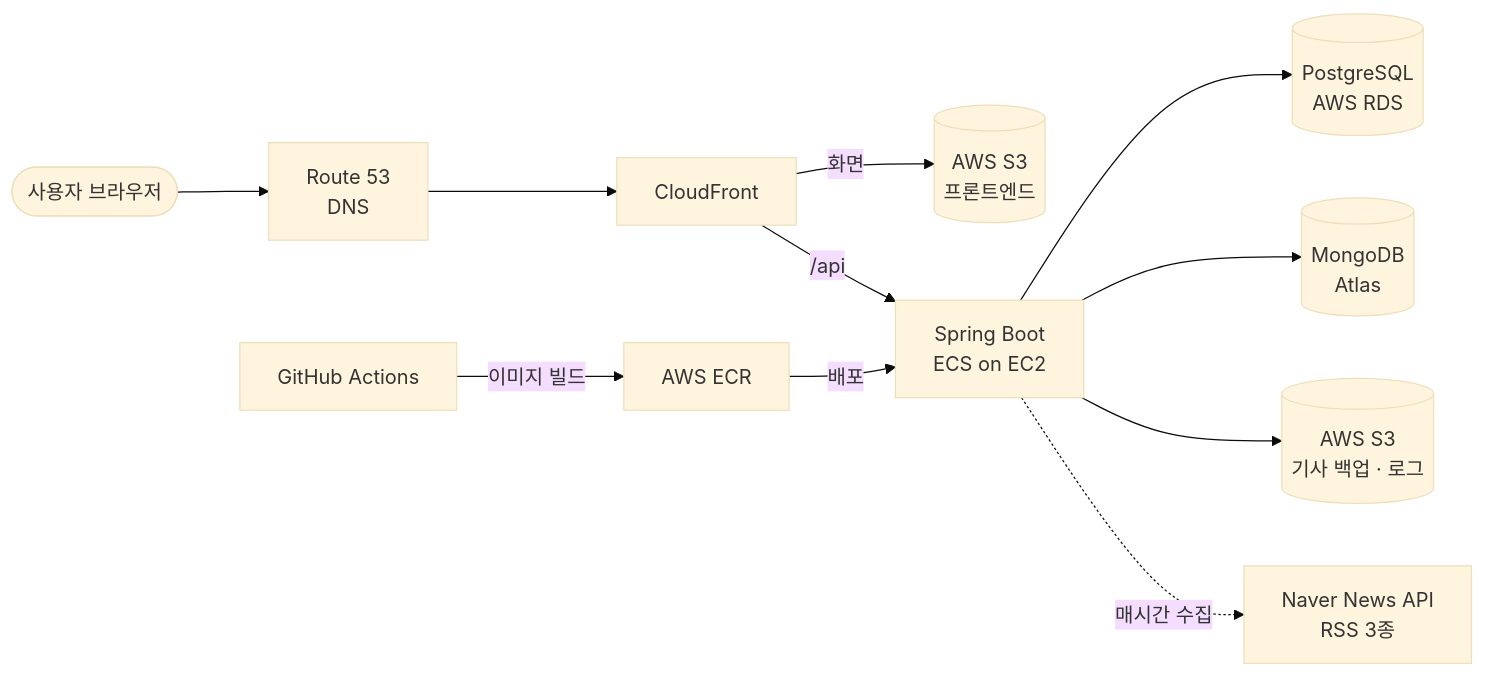
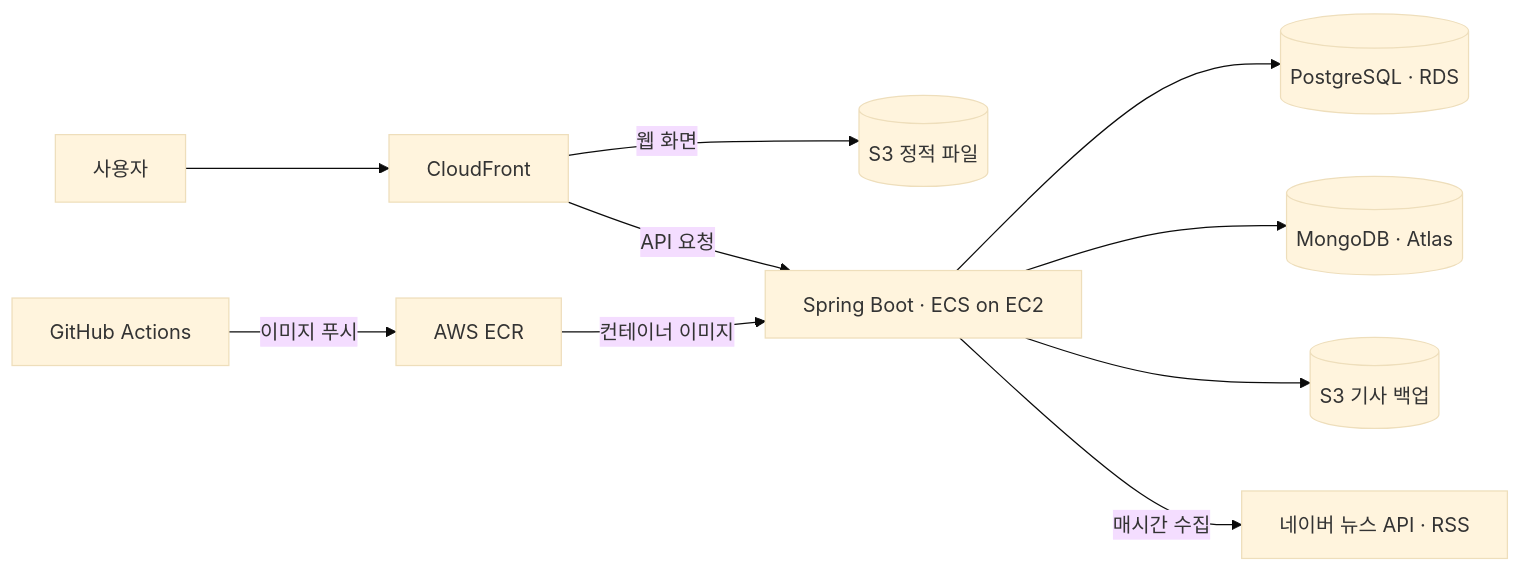
Before and after one commit to SB14-GoS/sb14-monew-team01: the diagram in README.md, drawn with Mermaid (base theme). The commit also changed other lines of this file, not shown here.

````diff
--- a/README.md
+++ b/README.md
@@ -57,13 +66,12 @@
 ```mermaid
 flowchart LR
-    User([사용자 브라우저]) --> R53[Route 53<br/>DNS]
-    R53 --> CF[CloudFront]
-    CF -- 화면 --> FE[(AWS S3<br/>프론트엔드)]
-    CF -- /api --> APP[Spring Boot<br/>ECS on EC2]
-    APP --> PG[(PostgreSQL<br/>AWS RDS)]
-    APP --> MG[(MongoDB<br/>Atlas)]
-    APP --> S3[(AWS S3<br/>기사 백업 · 로그)]
-    APP -. 매시간 수집 .-> NEWS[Naver News API<br/>RSS 3종]
-    GH[GitHub Actions] -- 이미지 빌드 --> ECR[AWS ECR]
-    ECR -- 배포 --> APP
+    User[사용자] --> CDN[CloudFront]
+    CDN -->|웹 화면| Web[(S3 정적 파일)]
+    CDN -->|API 요청| App[Spring Boot · ECS on EC2]
+    App --> DB[(PostgreSQL · RDS)]
+    App --> Activity[(MongoDB · Atlas)]
+    App --> Backup[(S3 기사 백업)]
+    App -->|매시간 수집| News[네이버 뉴스 API · RSS]
+    Actions[GitHub Actions] -->|이미지 푸시| ECR[AWS ECR]
+    ECR -->|컨테이너 이미지| App
 ```
````
